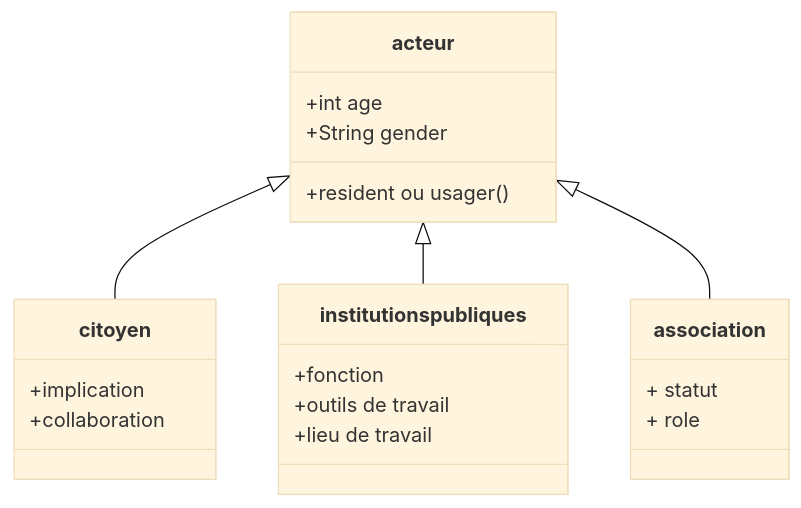
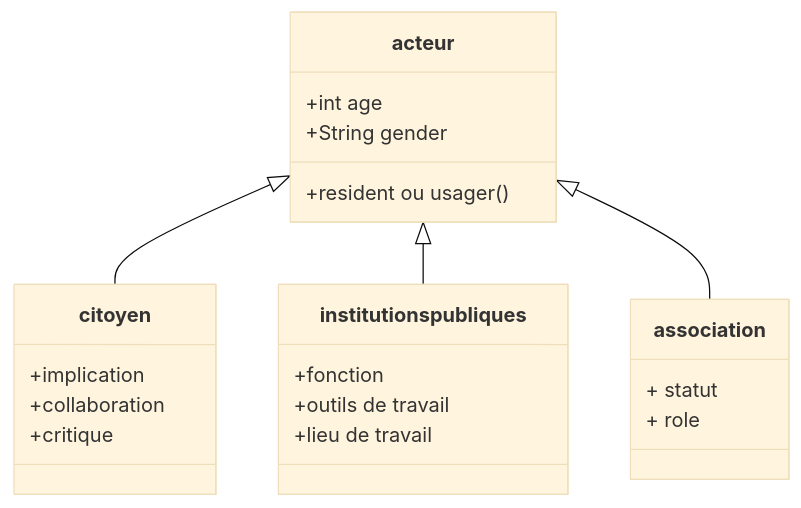
Before and after one commit to kahiarchi/plaine---saint--Denis---batiment-: the diagram in acteurskahiarchi.md, drawn with Mermaid (base theme).

````diff
--- a/acteurskahiarchi.md
+++ b/acteurskahiarchi.md
@@ -1,24 +1,25 @@
 ```mermaid
 classDiagram
     acteur <|-- citoyen
     acteur <|-- institutions publiques
     acteur <|-- association
 
     acteur : +int age
     acteur : +String gender
     acteur: +resident ou usager()
 
   class citoyen{
      +implication 
-     +collaboration 
+     +collaboration
+     +critique
     }
     class institutions publiques{
           +fonction
           +outils de travail
           +lieu de travail
     }
     class association{
       + statut
      +  role
      }
 ```
````
